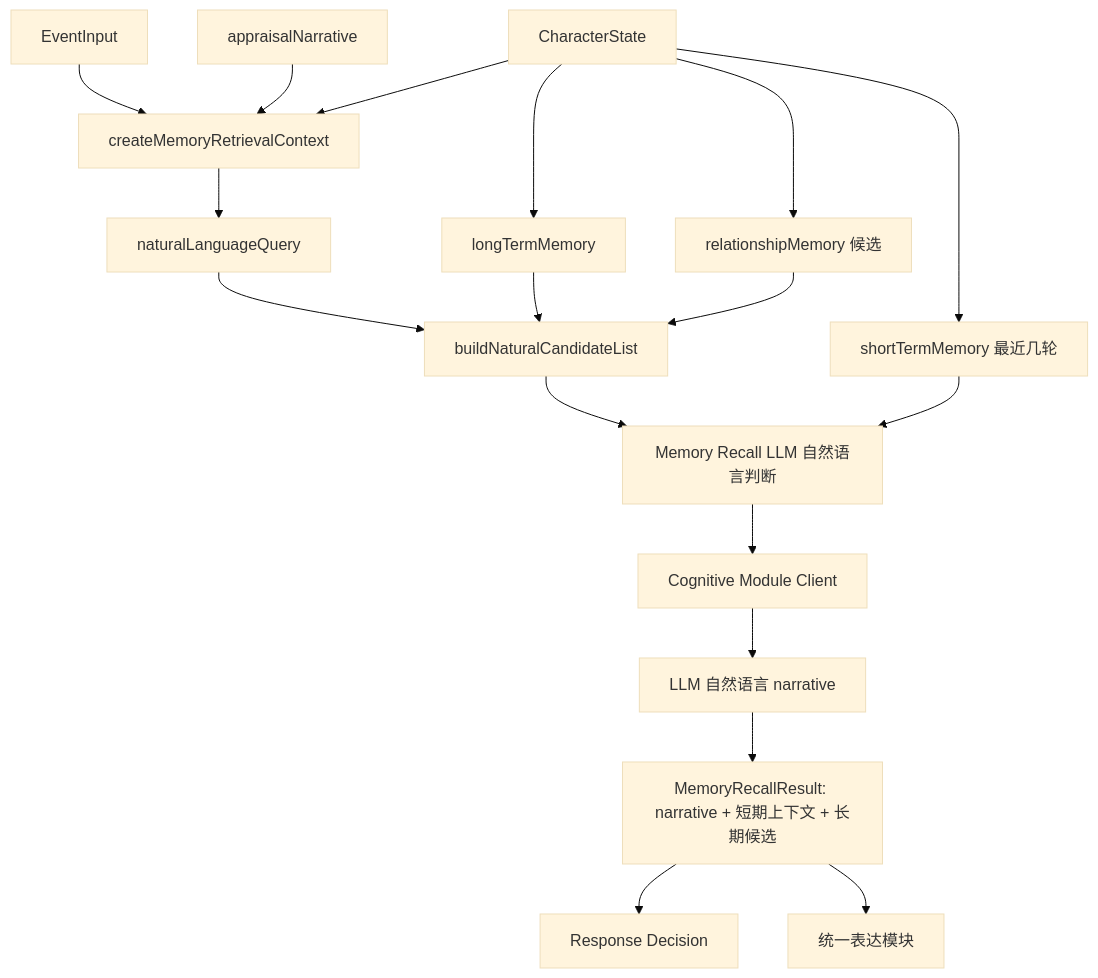
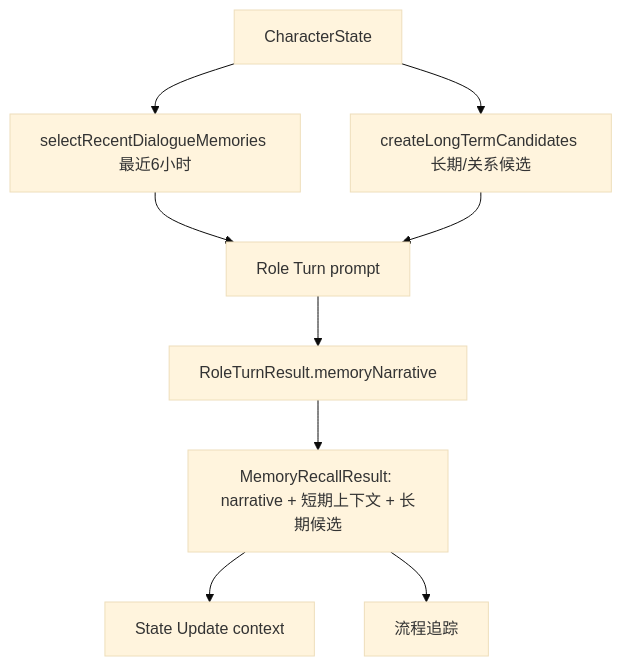
One commit to ttmanthatman/virtual-human-flow changed diagram 18 of 32 in docs/SYSTEM_FLOW.md. Above: the diagram before and after it, drawn with Mermaid (base theme). The commit also changed other lines of this file and 17 other files, not shown here.

Commit message:
refactor: unify conversation role turn

````diff
--- a/docs/SYSTEM_FLOW.md
+++ b/docs/SYSTEM_FLOW.md
@@ -449,20 +462,11 @@
 ```mermaid
 flowchart TD
-    E["EventInput"] --> CTX["createMemoryRetrievalContext"]
-    A["appraisalNarrative"] --> CTX
-    S["CharacterState"] --> CTX
-    CTX --> QUERY["naturalLanguageQuery"]
-    S --> LTM["longTermMemory"]
-    QUERY --> LIST["buildNaturalCandidateList"]
-    LTM --> LIST
-    S --> REL["relationshipMemory 候选"]
-    REL --> LIST
-    LIST --> PROMPT["Memory Recall LLM 自然语言判断"]
-    S --> STM["shortTermMemory 最近几轮"]
-    STM --> PROMPT
-    PROMPT --> CLIENT["Cognitive Module Client"]
-    CLIENT --> RAW["LLM 自然语言 narrative"]
-    RAW --> OUT["MemoryRecallResult: narrative + 短期上下文 + 长期候选"]
-    OUT --> DECISION["Response Decision"]
-    OUT --> EXPR["统一表达模块"]
+    S["CharacterState"] --> STM["selectRecentDialogueMemories 最近6小时"]
+    S --> LTM["createLongTermCandidates 长期/关系候选"]
+    STM --> PROMPT["Role Turn prompt"]
+    LTM --> PROMPT
+    PROMPT --> RT["RoleTurnResult.memoryNarrative"]
+    RT --> OUT["MemoryRecallResult: narrative + 短期上下文 + 长期候选"]
+    OUT --> STATE["State Update context"]
+    OUT --> TRACE["流程追踪"]
 ```
````
